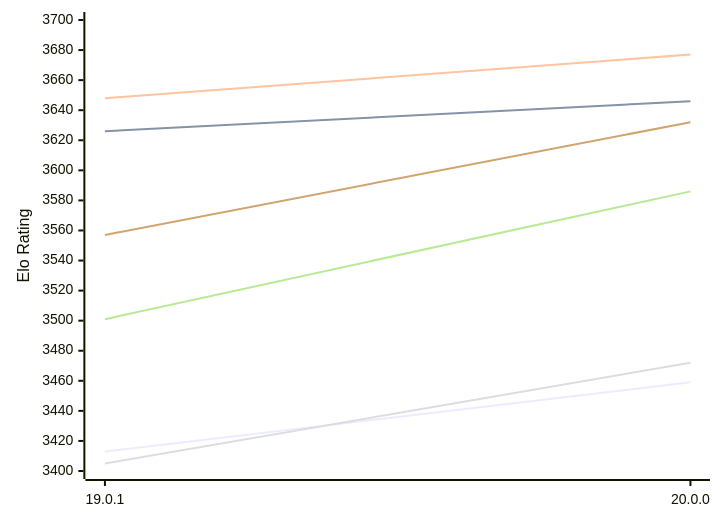
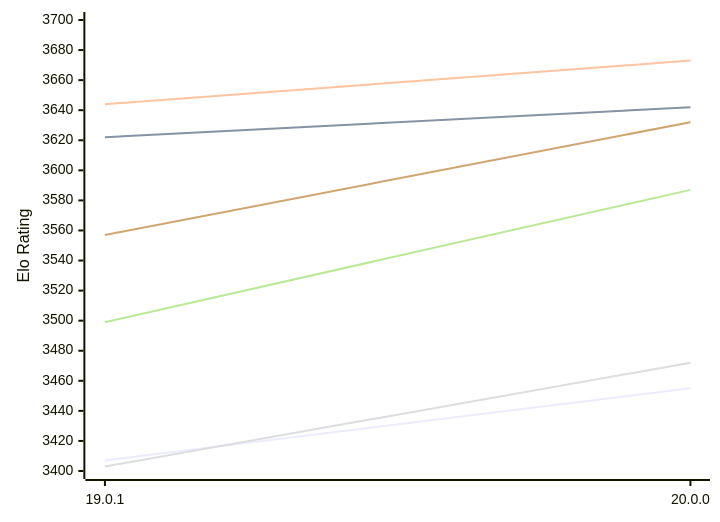
Before and after one commit to computer-chess-index/cci: the first of 2 diagrams in engines/Viridithas.md, drawn with Mermaid. The commit also changed other lines of this file, not shown here.

Commit message:
Update CCI Ratings (ELO VLTC) - 2026-11-26

````diff
--- a/engines/Viridithas.md
+++ b/engines/Viridithas.md
@@ -58,12 +58,12 @@
 ```mermaid
 %%{init: {"theme":"base","themeVariables":{"seriesColors:['#a3a3a3','#222221','#faa371']}}}%%
 xychart-beta
   x-axis ["19.0.1", "20.0.0"]
   y-axis "Elo Rating" 3400 --> 3700
-  line "E1: STC (8.0+0.08s)" [3413, 3459]
-  line "E1: LTC (60.0+0.60s)" [3626, 3646]
-  line "E1: VLTC (2m24s+1.12s)" [3648, 3677]
-  line "P1: STC (8.0+0.08s)" [3405, 3472]
-  line "P1: LTC (60.0+0.60s)" [3501, 3586]
+  line "E1: STC (8.0+0.08s)" [3407, 3455]
+  line "E1: LTC (60.0+0.60s)" [3622, 3642]
+  line "E1: VLTC (2m24s+1.12s)" [3644, 3673]
+  line "P1: STC (8.0+0.08s)" [3403, 3472]
+  line "P1: LTC (60.0+0.60s)" [3499, 3587]
   line "P1: VLTC (2m24s+1.12s)" [3557, 3632]
 ```
````
